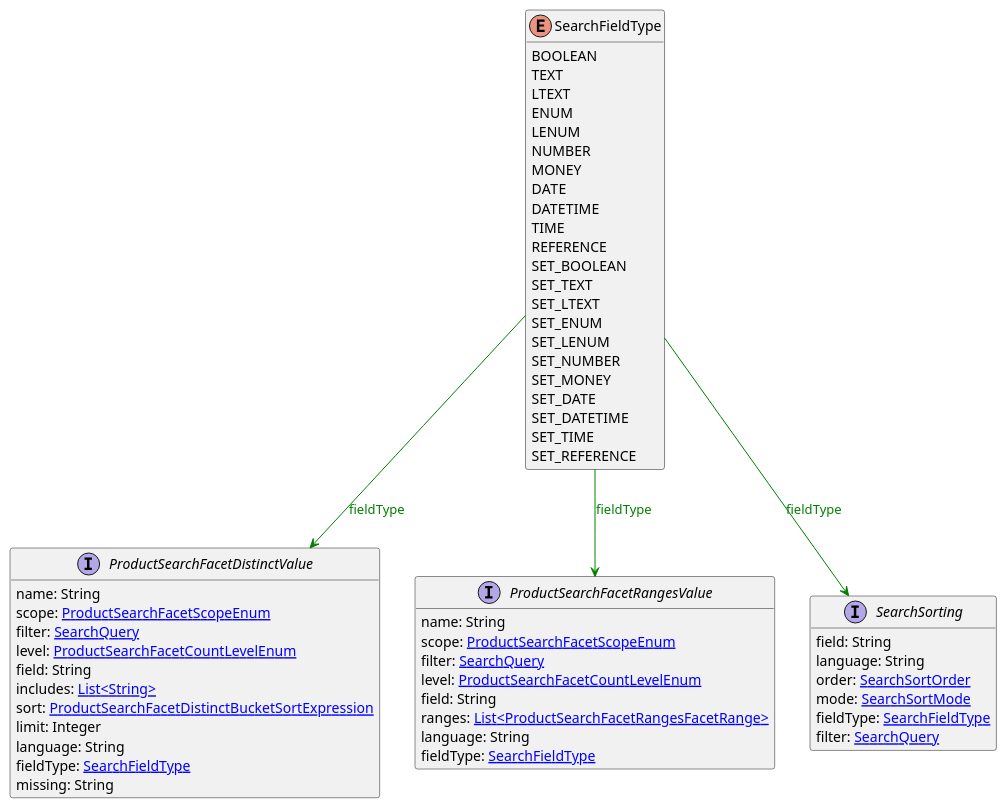
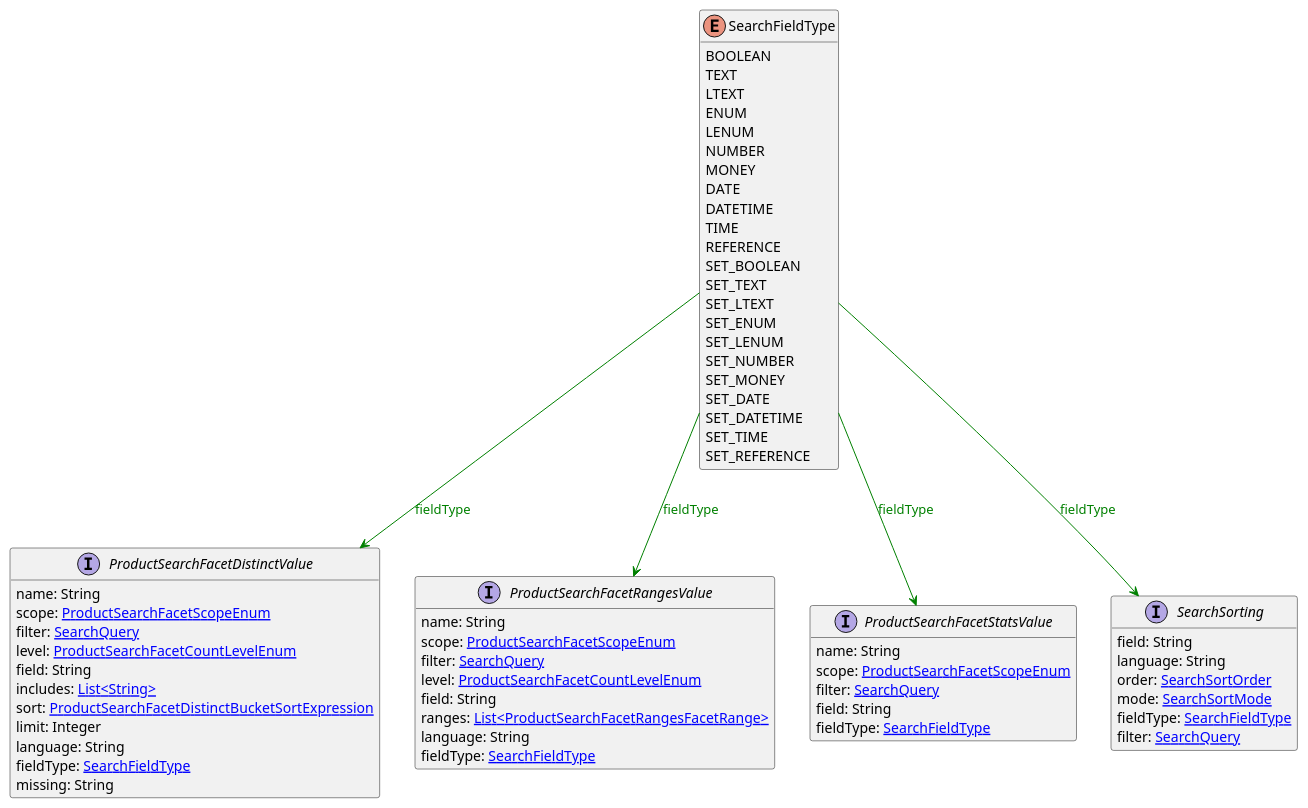
The diagram in uml/api/SearchFieldType.puml (commercetools/commercetools-api-reference), drawn with PlantUML before and after one commit. The commit also changed 16 other files, not shown here.

```diff
--- a/uml/api/SearchFieldType.puml
+++ b/uml/api/SearchFieldType.puml
@@ -1,62 +1,70 @@
 @startuml
 
 hide methods
 enum SearchFieldType {
     BOOLEAN
     TEXT
     LTEXT
     ENUM
     LENUM
     NUMBER
     MONEY
     DATE
     DATETIME
     TIME
     REFERENCE
     SET_BOOLEAN
     SET_TEXT
     SET_LTEXT
     SET_ENUM
     SET_LENUM
     SET_NUMBER
     SET_MONEY
     SET_DATE
     SET_DATETIME
     SET_TIME
     SET_REFERENCE
 }
 interface ProductSearchFacetDistinctValue [[ProductSearchFacetDistinctValue.svg]]  {
     name: String
     scope: [[ProductSearchFacetScopeEnum.svg ProductSearchFacetScopeEnum]]
     filter: [[SearchQuery.svg SearchQuery]]
     level: [[ProductSearchFacetCountLevelEnum.svg ProductSearchFacetCountLevelEnum]]
     field: String
     includes: [[String.svg List<String>]]
     sort: [[ProductSearchFacetDistinctBucketSortExpression.svg ProductSearchFacetDistinctBucketSortExpression]]
     limit: Integer
     language: String
     fieldType: [[SearchFieldType.svg SearchFieldType]]
     missing: String
 }
 interface ProductSearchFacetRangesValue [[ProductSearchFacetRangesValue.svg]]  {
     name: String
     scope: [[ProductSearchFacetScopeEnum.svg ProductSearchFacetScopeEnum]]
     filter: [[SearchQuery.svg SearchQuery]]
     level: [[ProductSearchFacetCountLevelEnum.svg ProductSearchFacetCountLevelEnum]]
     field: String
     ranges: [[ProductSearchFacetRangesFacetRange.svg List<ProductSearchFacetRangesFacetRange>]]
     language: String
     fieldType: [[SearchFieldType.svg SearchFieldType]]
 }
+interface ProductSearchFacetStatsValue [[ProductSearchFacetStatsValue.svg]]  {
+    name: String
+    scope: [[ProductSearchFacetScopeEnum.svg ProductSearchFacetScopeEnum]]
+    filter: [[SearchQuery.svg SearchQuery]]
+    field: String
+    fieldType: [[SearchFieldType.svg SearchFieldType]]
+}
 interface SearchSorting [[SearchSorting.svg]]  {
     field: String
     language: String
     order: [[SearchSortOrder.svg SearchSortOrder]]
     mode: [[SearchSortMode.svg SearchSortMode]]
     fieldType: [[SearchFieldType.svg SearchFieldType]]
     filter: [[SearchQuery.svg SearchQuery]]
 }
 SearchFieldType --> ProductSearchFacetDistinctValue #green;text:green : "fieldType"
 SearchFieldType --> ProductSearchFacetRangesValue #green;text:green : "fieldType"
+SearchFieldType --> ProductSearchFacetStatsValue #green;text:green : "fieldType"
 SearchFieldType --> SearchSorting #green;text:green : "fieldType"
 @enduml
```
